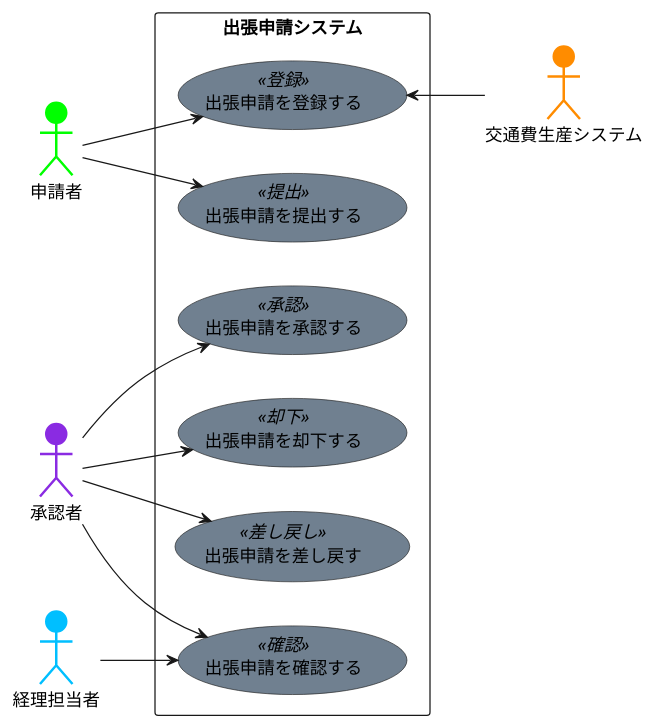
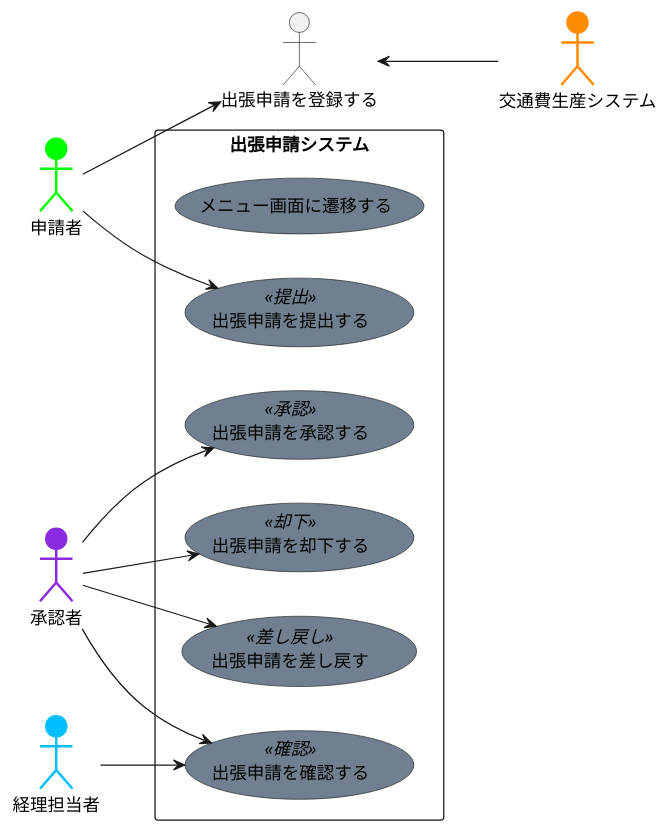
The diagram in 演習/演習2-1_UM_出張管理システム.pu (isikawayuto/uml-introduction), drawn with PlantUML before and after one commit. The commit also changed 4 other files, not shown here.

```diff
--- a/演習/演習2-1_UM_出張管理システム.pu
+++ b/演習/演習2-1_UM_出張管理システム.pu
@@ -1,23 +1,23 @@
 @startuml 課題2-1
 left to right direction
 actor 申請者 #00ff00;line:lime;line.bold;
 actor 承認者 #8a2be2;line:BlueViolet;line.bold;
 actor 経理担当者 #00bfff;line:DeepSkyBlue;line.bold;
 actor 交通費生産システム #ff8c00;line:Darkorange;line.bold;
 rectangle  出張申請システム {
-usecase 出張申請を登録する <<登録>> #708090
+usecase メニュー画面に遷移する #708090
 usecase 出張申請を提出する <<提出>> #708090
 usecase 出張申請を承認する <<承認>> #708090
 usecase 出張申請を却下する <<却下>> #708090
 usecase 出張申請を差し戻す <<差し戻し>> #708090
 usecase 出張申請を確認する <<確認>> #708090
 }
 申請者 --> 出張申請を登録する
 申請者 --> 出張申請を提出する
 承認者 --> 出張申請を承認する
 承認者 --> 出張申請を却下する
 承認者 --> 出張申請を差し戻す
 承認者 --> 出張申請を確認する
 経理担当者 --> 出張申請を確認する
 出張申請を登録する <-- 交通費生産システム
 @enduml
```
